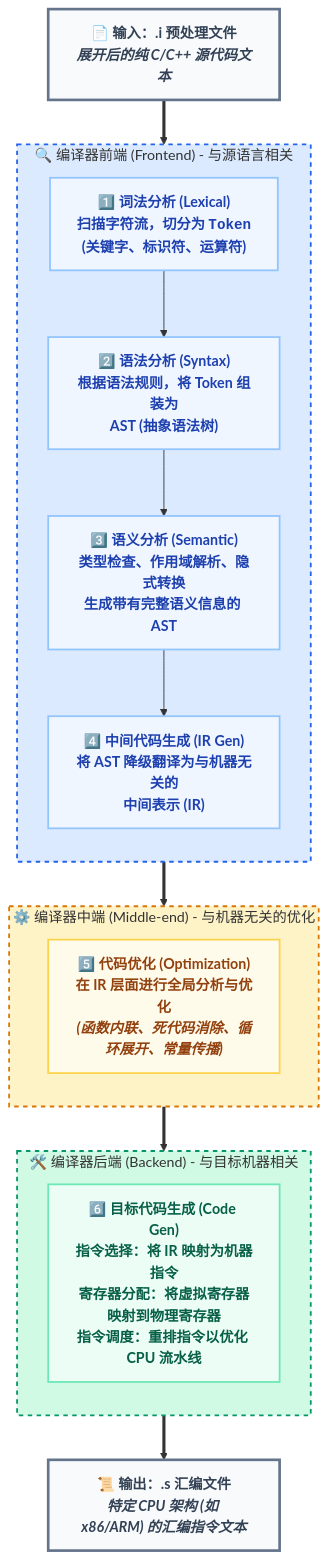
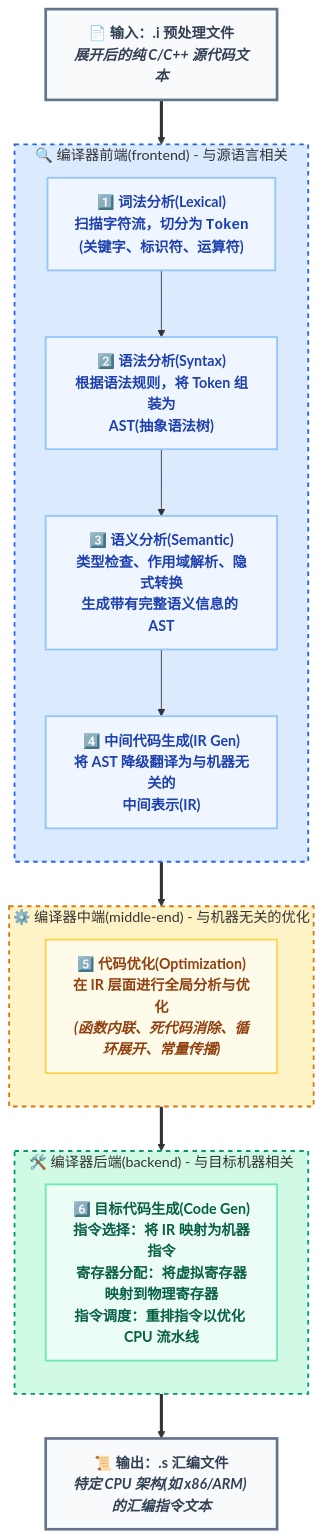
The third of 10 diagrams in _posts/c_c++/compile/2021-06-15-编译过程.md (dmjcb/dmjcb.github.io), drawn with Mermaid before and after one commit. The commit also changed other lines of this file and 8 other files, not shown here.

````diff
--- a/_posts/c_c++/compile/2021-06-15-编译过程.md
+++ b/_posts/c_c++/compile/2021-06-15-编译过程.md
@@ -163,57 +163,57 @@
 ```mermaid
 flowchart TD
-    %% 样式定义 (延续前文色彩体系)
+    %% 样式定义(延续前文色彩体系)
     classDef fileNode fill:#f8fafc,stroke:#64748b,stroke-width:3px,color:#334155,font-weight:bold,font-size:16px;
     
     classDef frontend fill:#dbeafe,stroke:#2563eb,stroke-width:2px,stroke-dasharray: 5 5;
     classDef feNode fill:#eff6ff,stroke:#93c5fd,stroke-width:2px,color:#1e40af,font-weight:bold;
     
     classDef middleend fill:#fef3c7,stroke:#d97706,stroke-width:2px,stroke-dasharray: 5 5;
     classDef meNode fill:#fffbeb,stroke:#fcd34d,stroke-width:2px,color:#92400e,font-weight:bold;
     
     classDef backend fill:#d1fae5,stroke:#059669,stroke-width:2px,stroke-dasharray: 5 5;
     classDef beNode fill:#ecfdf5,stroke:#6ee7b7,stroke-width:2px,color:#065f46,font-weight:bold;
 
     %% 输入输出文件
     InFile["📄 <b>输入：.i 预处理文件</b><br/><i>展开后的纯 C/C++ 源代码文本</i>"]
-    OutFile["📜 <b>输出：.s 汇编文件</b><br/><i>特定 CPU 架构 (如 x86/ARM) 的汇编指令文本</i>"]
+    OutFile["📜 <b>输出：.s 汇编文件</b><br/><i>特定 CPU 架构(如 x86/ARM) 的汇编指令文本</i>"]
 
     %% 前端
-    subgraph Frontend ["🔍 编译器前端 (Frontend) - 与源语言相关"]
+    subgraph Frontend ["🔍 编译器前端(frontend) - 与源语言相关"]
         direction TB
-        Lex["1️⃣ <b>词法分析 (Lexical)</b><br/>扫描字符流，切分为 <code>Token</code><br/>(关键字、标识符、运算符)"]
-        Syn["2️⃣ <b>语法分析 (Syntax)</b><br/>根据语法规则，将 Token 组装为<br/><b>AST (抽象语法树)</b>"]
-        Sem["3️⃣ <b>语义分析 (Semantic)</b><br/>类型检查、作用域解析、隐式转换<br/>生成带有完整语义信息的 AST"]
-        IRGen["4️⃣ <b>中间代码生成 (IR Gen)</b><br/>将 AST 降级翻译为与机器无关的<br/><b>中间表示 (IR)</b>"]
+        Lex["1️⃣ <b>词法分析(Lexical)</b><br/>扫描字符流，切分为 <code>Token</code><br/>(关键字、标识符、运算符)"]
+        Syn["2️⃣ <b>语法分析(Syntax)</b><br/>根据语法规则，将 Token 组装为<br/><b>AST(抽象语法树)</b>"]
+        Sem["3️⃣ <b>语义分析(Semantic)</b><br/>类型检查、作用域解析、隐式转换<br/>生成带有完整语义信息的 AST"]
+        IRGen["4️⃣ <b>中间代码生成(IR Gen)</b><br/>将 AST 降级翻译为与机器无关的<br/><b>中间表示(IR)</b>"]
         
         Lex --> Syn --> Sem --> IRGen
     end
 
     %% 中端
-    subgraph Middleend ["⚙️ 编译器中端 (Middle-end) - 与机器无关的优化"]
+    subgraph Middleend ["⚙️ 编译器中端(middle-end) - 与机器无关的优化"]
         direction TB
-        Opt["5️⃣ <b>代码优化 (Optimization)</b><br/>在 IR 层面进行全局分析与优化<br/><i>(函数内联、死代码消除、循环展开、常量传播)</i>"]
+        Opt["5️⃣ <b>代码优化(Optimization)</b><br/>在 IR 层面进行全局分析与优化<br/><i>(函数内联、死代码消除、循环展开、常量传播)</i>"]
     end
 
     %% 后端
-    subgraph Backend ["🛠️ 编译器后端 (Backend) - 与目标机器相关"]
+    subgraph Backend ["🛠️ 编译器后端(backend) - 与目标机器相关"]
         direction TB
-        TCG["6️⃣ <b>目标代码生成 (Code Gen)</b><br/><b>指令选择</b>：将 IR 映射为机器指令<br/><b>寄存器分配</b>：将虚拟寄存器映射到物理寄存器<br/><b>指令调度</b>：重排指令以优化 CPU 流水线"]
+        TCG["6️⃣ <b>目标代码生成(Code Gen)</b><br/><b>指令选择</b>：将 IR 映射为机器指令<br/><b>寄存器分配</b>：将虚拟寄存器映射到物理寄存器<br/><b>指令调度</b>：重排指令以优化 CPU 流水线"]
     end
 
     %% 连线
     InFile ==> Frontend
     Frontend ==> Middleend
     Middleend ==> Backend
     Backend ==> OutFile
 
     %% 应用样式
     class InFile,OutFile fileNode;
     class Frontend frontend;
     class Lex,Syn,Sem,IRGen feNode;
     class Middleend middleend;
     class Opt meNode;
     class Backend backend;
     class TCG beNode;
 
 ```
````
